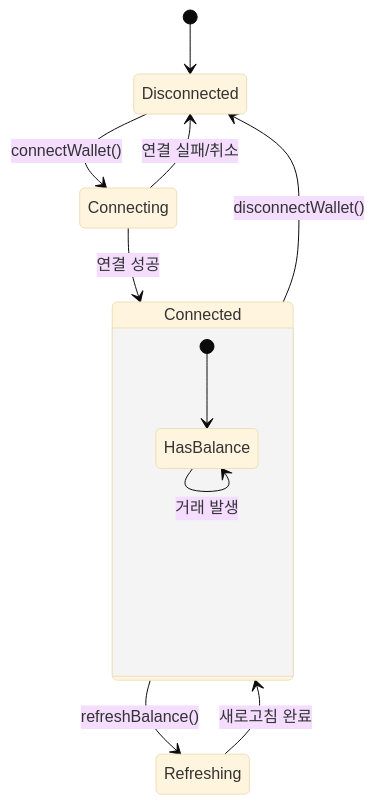
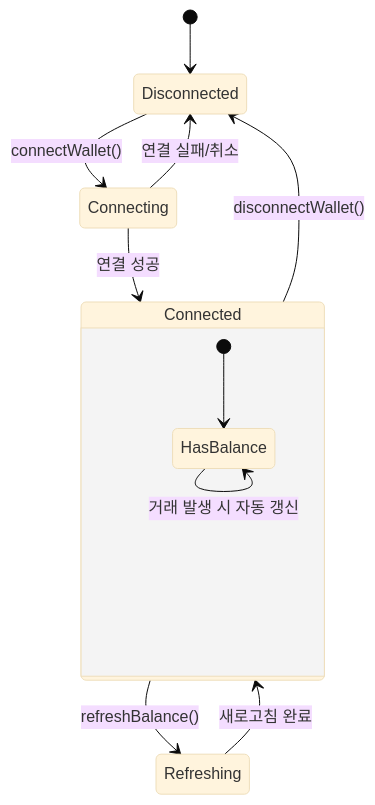
The second of 5 diagrams in docs/wallet-sequence.md (HyeonHo-Park/cardano-basic-dapp-1), drawn with Mermaid (base theme) before and after one commit. The commit also changed other lines of this file and 30 other files, not shown here.

````diff
--- a/docs/wallet-sequence.md
+++ b/docs/wallet-sequence.md
@@ -46,18 +47,18 @@
 ```mermaid
 stateDiagram-v2
     [*] --> Disconnected
 
     Disconnected --> Connecting: connectWallet()
     Connecting --> Connected: 연결 성공
     Connecting --> Disconnected: 연결 실패/취소
 
     Connected --> Refreshing: refreshBalance()
     Refreshing --> Connected: 새로고침 완료
 
     Connected --> Disconnected: disconnectWallet()
 
     state Connected {
         [*] --> HasBalance
-        HasBalance --> HasBalance: 거래 발생
+        HasBalance --> HasBalance: 거래 발생 시 자동 갱신
     }
 ```
````
